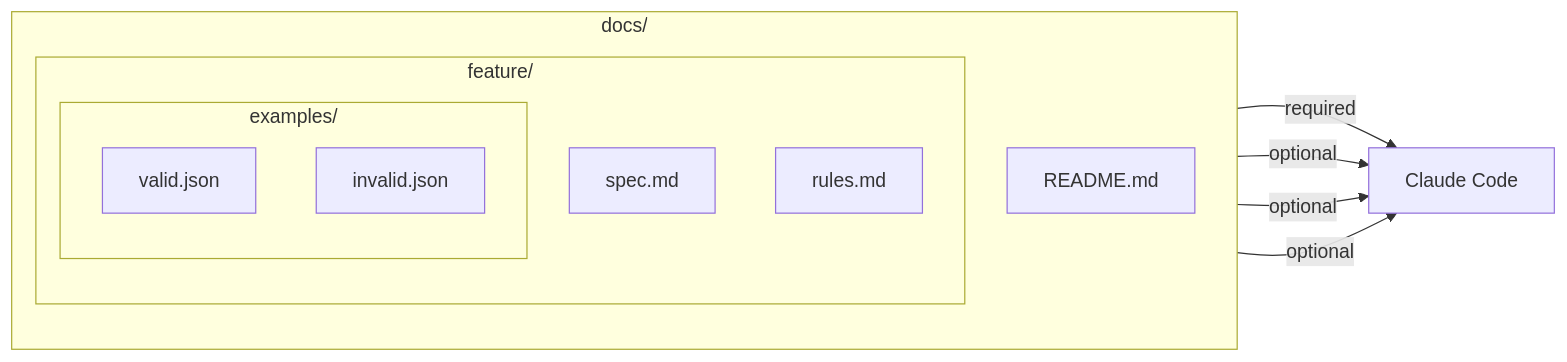
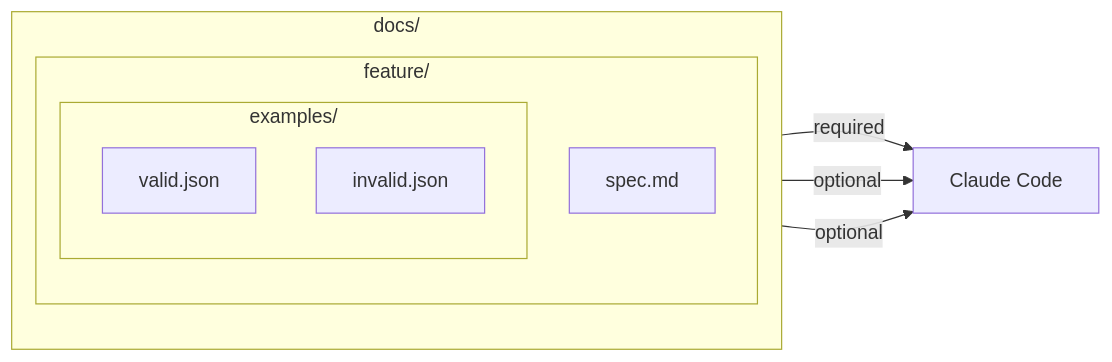
Before and after one commit to quochuydev/workflow: the second of 7 diagrams in docs-site/docs/workflow/overview.md, drawn with Mermaid. The commit also changed other lines of this file and 17 other files, not shown here.

````diff
--- a/docs-site/docs/workflow/overview.md
+++ b/docs-site/docs/workflow/overview.md
@@ -43,21 +44,17 @@
 ```mermaid
 flowchart LR
     subgraph docs/
         direction TB
-        README[README.md]
-
         subgraph feature/
             SPEC[spec.md]
-            RULES[rules.md]
             subgraph examples/
                 EX1[valid.json]
                 EX2[invalid.json]
             end
         end
     end
 
     SPEC -->|required| Claude[Claude Code]
-    RULES -->|optional| Claude
     EX1 -->|optional| Claude
     EX2 -->|optional| Claude
 ```
````
